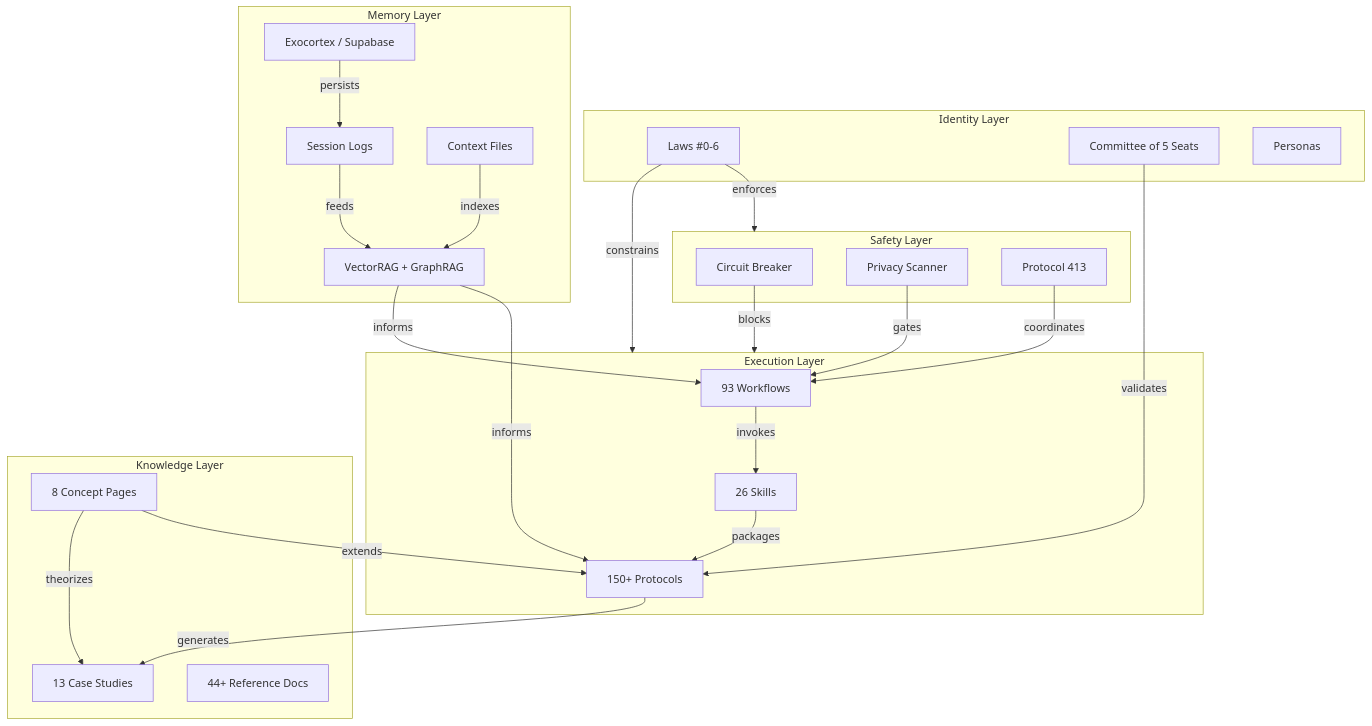
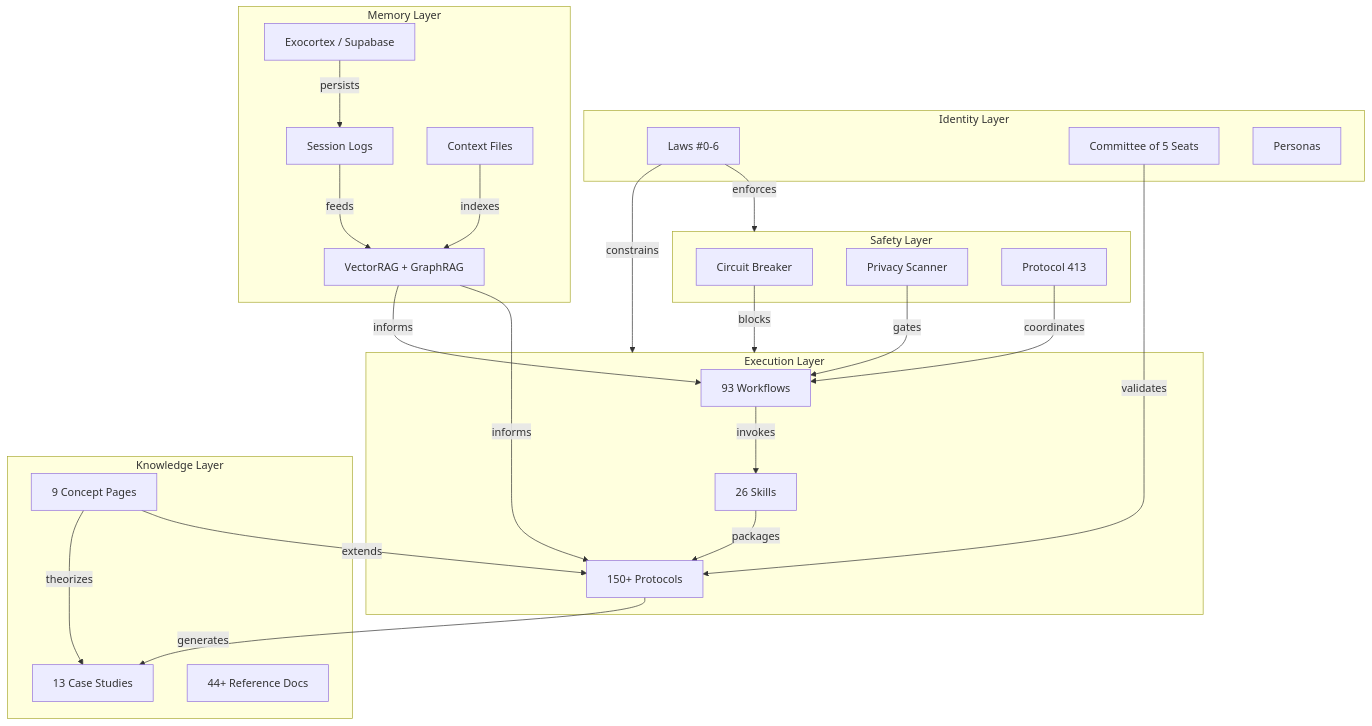
One commit to agent-memory-atlas-archive/winstonkoh87--Athena-Public changed the diagram in docs/KNOWLEDGE_GRAPH.md. Above: the diagram before and after it, drawn with Mermaid. The commit also changed other lines of this file and 6 other files, not shown here.

````diff
--- a/docs/KNOWLEDGE_GRAPH.md
+++ b/docs/KNOWLEDGE_GRAPH.md
@@ -149,50 +150,50 @@
 ```mermaid
 graph TB
     subgraph Identity["Identity Layer"]
         Laws["Laws #0-6"]
         Committee["Committee of 5 Seats"]
         Personas["Personas"]
     end
 
     subgraph Memory["Memory Layer"]
         Sessions["Session Logs"]
         Context["Context Files"]
         Exocortex["Exocortex / Supabase"]
         Retrieval["VectorRAG + GraphRAG"]
     end
 
     subgraph Execution["Execution Layer"]
         Workflows["93 Workflows"]
         Skills["26 Skills"]
         Protocols["150+ Protocols"]
     end
 
     subgraph Knowledge["Knowledge Layer"]
-        Concepts["8 Concept Pages"]
+        Concepts["9 Concept Pages"]
         CaseStudies["13 Case Studies"]
         Docs["44+ Reference Docs"]
     end
 
     subgraph Safety["Safety Layer"]
         Circuit["Circuit Breaker"]
         Privacy["Privacy Scanner"]
         MultiAgent["Protocol 413"]
     end
 
     Laws --> |constrains| Execution
     Laws --> |enforces| Safety
     Committee --> |validates| Protocols
     Sessions --> |feeds| Retrieval
     Context --> |indexes| Retrieval
     Retrieval --> |informs| Workflows
     Retrieval --> |informs| Protocols
     Protocols --> |generates| CaseStudies
     Concepts --> |theorizes| CaseStudies
     Concepts --> |extends| Protocols
     Skills --> |packages| Protocols
     Workflows --> |invokes| Skills
     Privacy --> |gates| Workflows
     Circuit --> |blocks| Execution
     MultiAgent --> |coordinates| Workflows
     Exocortex --> |persists| Sessions
 ```
````
